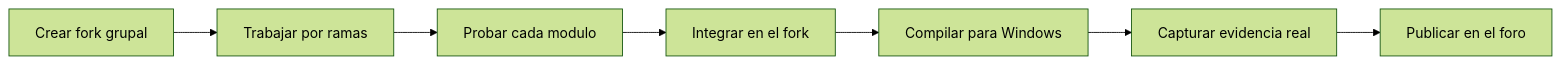
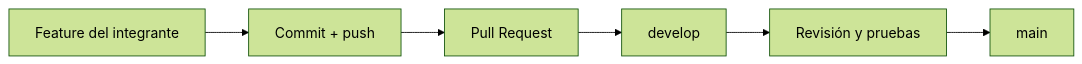
One commit to vicentesystemdev/SuperMarioVicente changed the second of 2 diagrams in README.md. Above: the diagram before and after it, drawn with Mermaid (forest theme). The commit also changed other lines of this file, not shown here.

Commit message:
docs: actualizar README grupal con aportes y usuarios GitHub

````diff
--- a/README.md
+++ b/README.md
@@ -183,9 +213,8 @@
 ```mermaid
 flowchart LR
- A[Crear fork grupal] --> B[Trabajar por ramas]
- B --> C[Probar cada modulo]
- C --> D[Integrar en el fork]
- D --> E[Compilar para Windows]
- E --> F[Capturar evidencia real]
- F --> G[Publicar en el foro]
+    A[Feature del integrante] --> B[Commit + push]
+    B --> C[Pull Request]
+    C --> D[develop]
+    D --> E[Revisión y pruebas]
+    E --> F[main]
 ```
````
